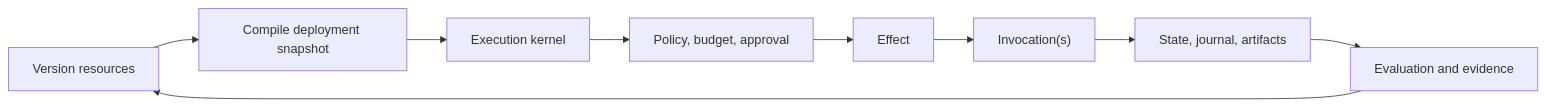
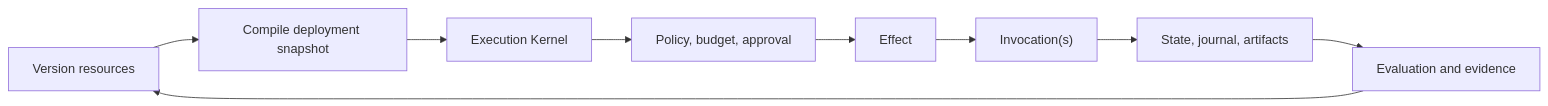
The diagram in index.mdx (thaithienvanid/agentic-reference-architecture), drawn with Mermaid before and after one commit. The commit also changed other lines of this file, not shown here.

Commit message:
align home page with documentation architecture

````diff
--- a/index.mdx
+++ b/index.mdx
@@ -42,11 +48,11 @@
 ```mermaid
 flowchart LR
     Define["Version resources"] --> Deploy["Compile deployment snapshot"]
-    Deploy --> Kernel["Execution kernel"]
+    Deploy --> Kernel["Execution Kernel"]
     Kernel --> Control["Policy, budget, approval"]
     Control --> Effect["Effect"]
     Effect --> Invoke["Invocation(s)"]
     Invoke --> Record["State, journal, artifacts"]
     Record --> Evaluate["Evaluation and evidence"]
     Evaluate --> Define
 ```
````
